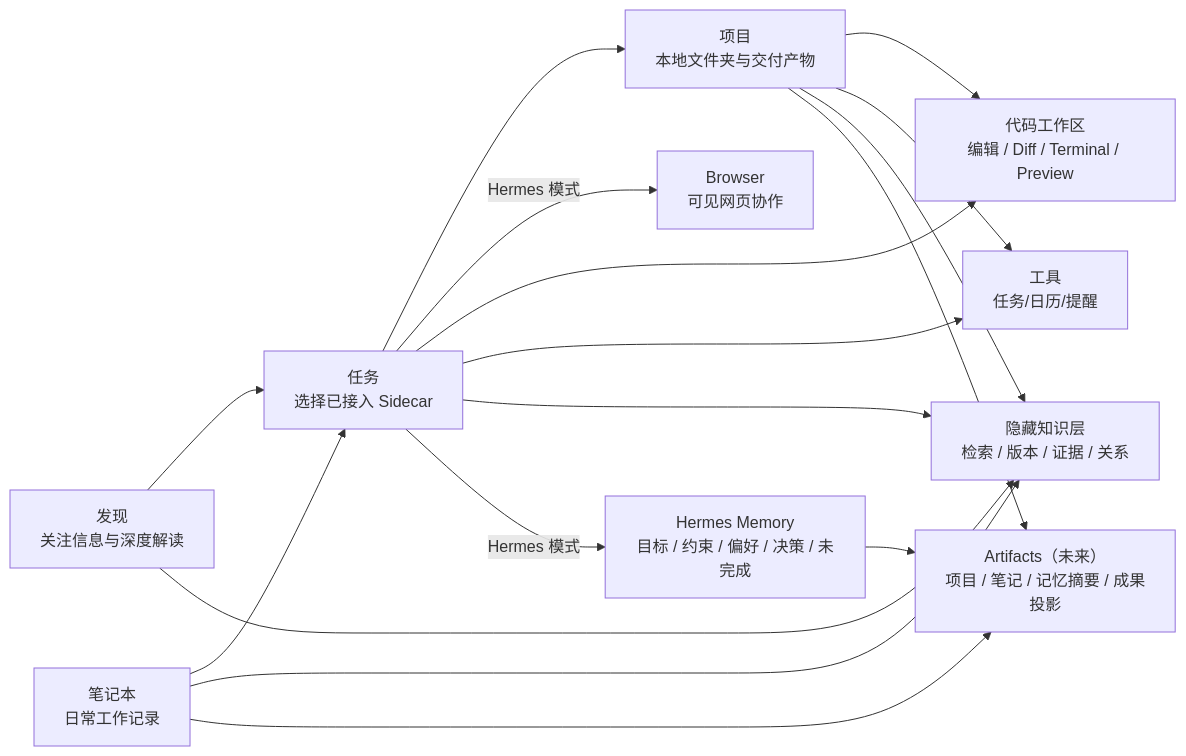
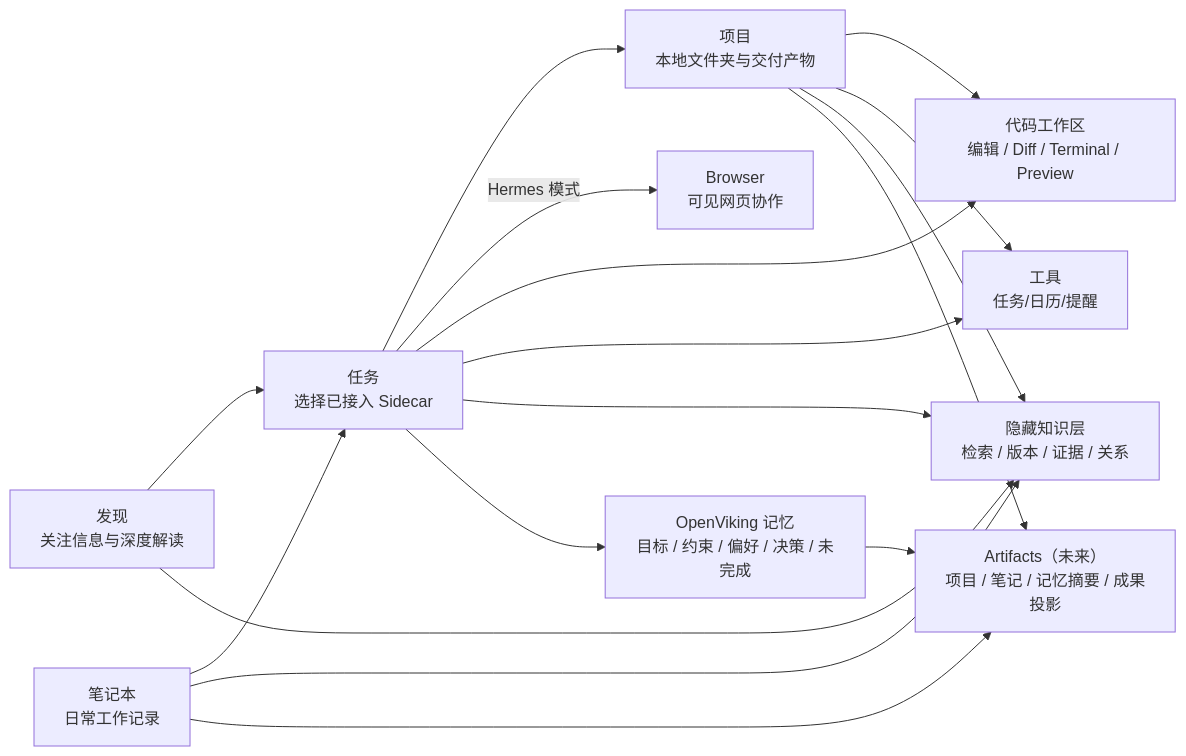
The first of 5 diagrams in docs/PRD.md (MarkingYang/sophonote), drawn with Mermaid before and after one commit. The commit also changed other lines of this file and 107 other files, not shown here.

````diff
--- a/docs/PRD.md
+++ b/docs/PRD.md
@@ -192,19 +193,19 @@
 ```mermaid
 flowchart LR
   D["发现\n关注信息与深度解读"] --> C["任务\n选择已接入 Sidecar"]
   C --> W["项目\n本地文件夹与交付产物"]
   N["笔记本\n日常工作记录"] --> C
   C -->|Hermes 模式| B["Browser\n可见网页协作"]
   C --> X["代码工作区\n编辑 / Diff / Terminal / Preview"]
   W --> X
   W --> T["工具\n任务/日历/提醒"]
   C --> T
   D --> K["隐藏知识层\n检索 / 版本 / 证据 / 关系"]
   C --> K
   W --> K
   N --> K
-  C -->|Hermes 模式| M["Hermes Memory\n目标 / 约束 / 偏好 / 决策 / 未完成"]
+  C --> M["OpenViking 记忆\n目标 / 约束 / 偏好 / 决策 / 未完成"]
   W --> A["Artifacts（未来）\n项目 / 笔记 / 记忆摘要 / 成果投影"]
   N --> A
   M --> A
 ```
````
